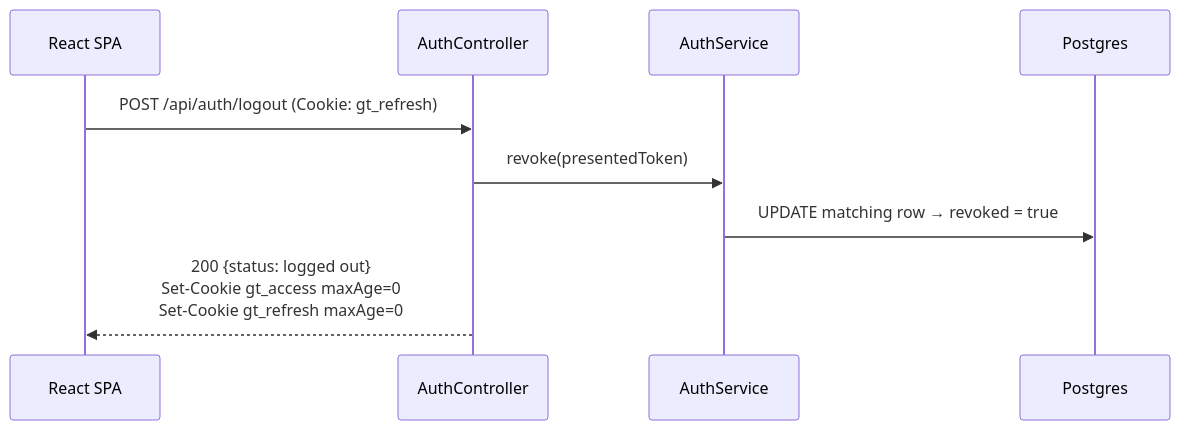
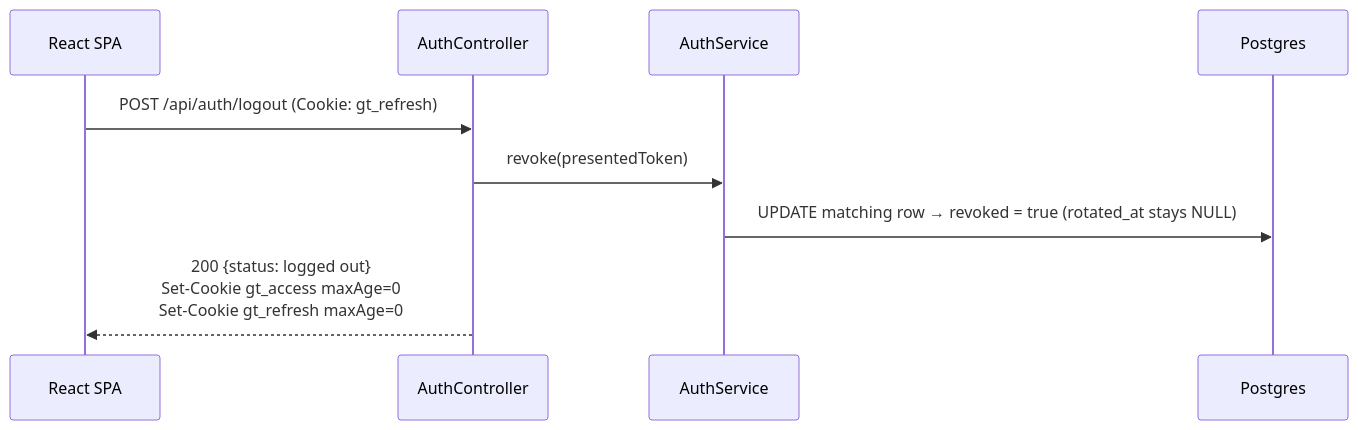
The fourth of 4 diagrams in gt2/docs/auth.md (caseythecoder90/grindtrack), drawn with Mermaid before and after one commit. The commit also changed other lines of this file and 21 other files, not shown here.

````diff
--- a/gt2/docs/auth.md
+++ b/gt2/docs/auth.md
@@ -136,11 +216,11 @@
 ```mermaid
 sequenceDiagram
     participant SPA as React SPA
     participant AC as AuthController
     participant AS as AuthService
     participant DB as Postgres
     SPA->>AC: POST /api/auth/logout (Cookie: gt_refresh)
     AC->>AS: revoke(presentedToken)
-    AS->>DB: UPDATE matching row → revoked = true
+    AS->>DB: UPDATE matching row → revoked = true (rotated_at stays NULL)
     AC-->>SPA: 200 {status: logged out}<br/>Set-Cookie gt_access maxAge=0<br/>Set-Cookie gt_refresh maxAge=0
 ```
````
